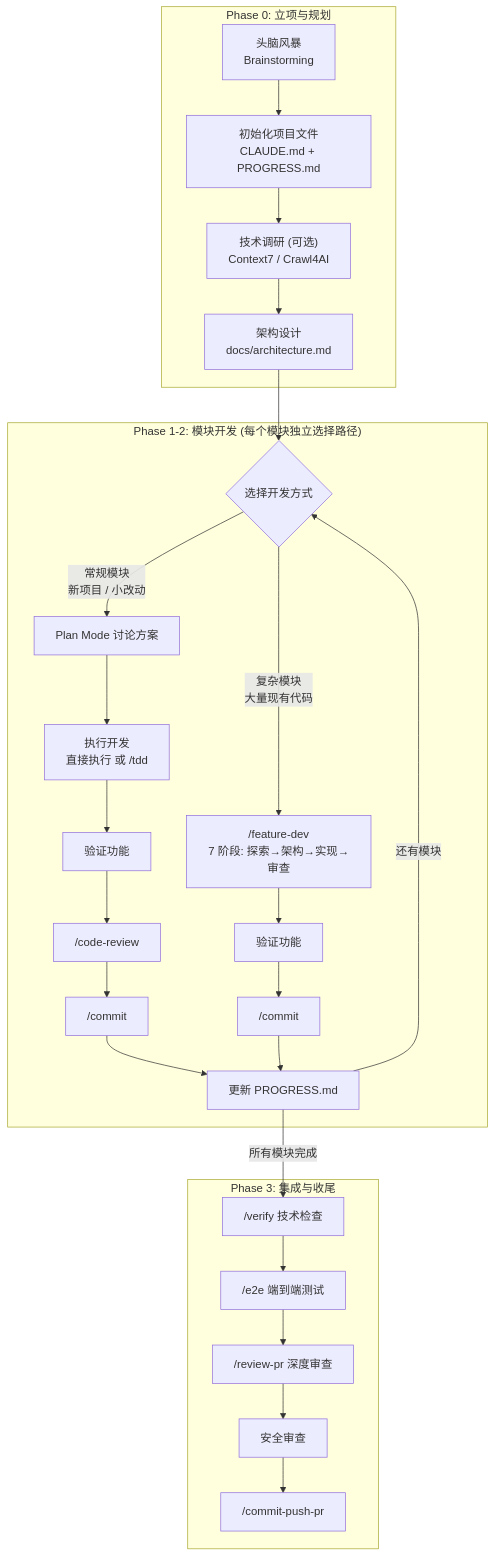
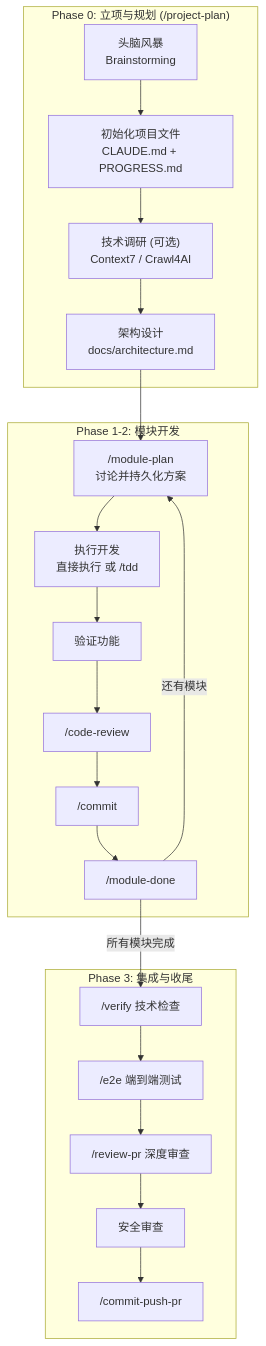
The first of 4 diagrams in WORKFLOW.md (shrekshrek/project-workflow), drawn with Mermaid before and after one commit. The commit also changed other lines of this file and 14 other files, not shown here.

````diff
--- a/WORKFLOW.md
+++ b/WORKFLOW.md
@@ -26,40 +26,31 @@
 ```mermaid
 flowchart TD
     %% Phase 0
-    subgraph P0["Phase 0: 立项与规划"]
+    subgraph P0["Phase 0: 立项与规划 (/project-plan)"]
         Brainstorm["头脑风暴\nBrainstorming"] --> InitClaude["初始化项目文件\nCLAUDE.md + PROGRESS.md"]
         InitClaude --> Research["技术调研 (可选)\nContext7 / Crawl4AI"]
         Research --> Arch["架构设计\ndocs/architecture.md"]
     end
 
     %% Phase 1+2: 模块开发循环
-    subgraph DevLoop["Phase 1-2: 模块开发 (每个模块独立选择路径)"]
-        ModuleStart{"选择开发方式"}
-
-        ModuleStart -->|"常规模块\n新项目 / 小改动"| PlanMode["Plan Mode 讨论方案"]
-        PlanMode --> Execute["执行开发\n直接执行 或 /tdd"]
-        Execute --> Verify1["验证功能"]
-        Verify1 --> CodeReview["/code-review"]
-        CodeReview --> Commit1["/commit"]
-
-        ModuleStart -->|"复杂模块\n大量现有代码"| FD["/feature-dev\n7 阶段: 探索→架构→实现→审查"]
-        FD --> Verify2["验证功能"]
-        Verify2 --> Commit2["/commit"]
-
-        Commit1 --> Update["更新 PROGRESS.md"]
-        Commit2 --> Update
-        Update -->|"还有模块"| ModuleStart
+    subgraph DevLoop["Phase 1-2: 模块开发"]
+        PlanMode["/module-plan\n讨论并持久化方案"] --> Execute["执行开发\n直接执行 或 /tdd"]
+        Execute --> Verify["验证功能"]
+        Verify --> CodeReview["/code-review"]
+        CodeReview --> Commit["/commit"]
+        Commit --> Update["/module-done"]
+        Update -->|"还有模块"| PlanMode
     end
 
     %% Phase 3
     subgraph P3["Phase 3: 集成与收尾"]
         TechVerify["/verify 技术检查"] --> E2E["/e2e 端到端测试"]
         E2E --> PRReview["/review-pr 深度审查"]
         PRReview --> Security["安全审查"]
         Security --> Ship["/commit-push-pr"]
     end
 
     %% 连接各阶段
-    Arch --> ModuleStart
+    Arch --> PlanMode
     Update -->|"所有模块完成"| TechVerify
 ```
````
